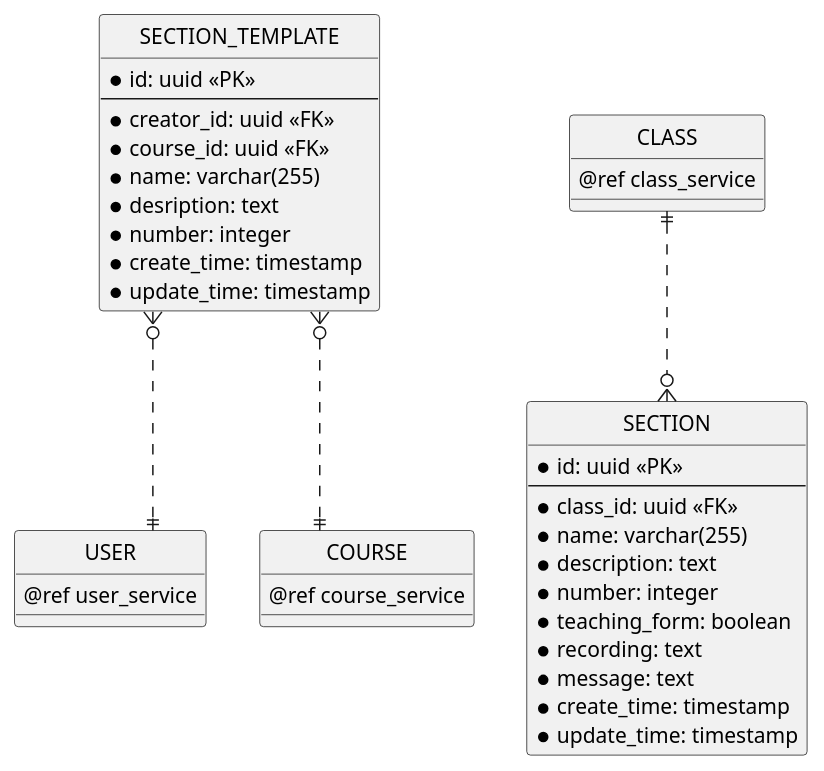
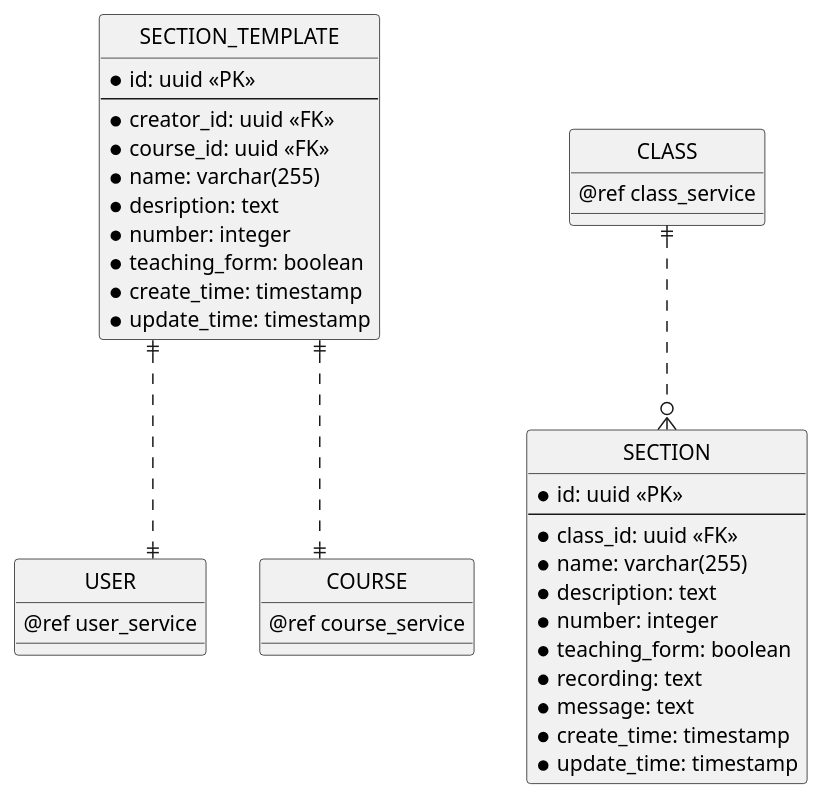
The eighth of 13 diagrams in erd.md (chungnguyenbkcse/ERD-USECASE-KIDSDRAWING), drawn with PlantUML before and after one commit. The commit also changed other lines of this file and 1 other file, not shown here.

Commit message:
fix relationship for section template

````diff
--- a/erd.md
+++ b/erd.md
@@ -419,53 +419,54 @@
 ```plantuml
 @startuml section_service
 ' hide the spot
 hide circle
 
 ' avoid problems with angled crows feet
 skinparam linetype ortho
 
 entity "USER" as user {
     @ref user_service
 }
 
 entity "COURSE" as course {
     @ref course_service
 }
 
 entity "SECTION" as section {
     * id: uuid <<PK>>
     --
     * class_id: uuid <<FK>>
     * name: varchar(255)
     * description: text
     * number: integer
     * teaching_form: boolean
     * recording: text
     * message: text
     * create_time: timestamp
     * update_time: timestamp
 }
 
 entity "SECTION_TEMPLATE" as section_template {
     * id: uuid <<PK>>
     --
     * creator_id: uuid <<FK>>
     * course_id: uuid <<FK>>
     * name: varchar(255)
     * desription: text
     * number: integer
+    * teaching_form: boolean
     * create_time: timestamp
     * update_time: timestamp
 }
 
 
 entity "CLASS" as class {
     @ref class_service
 }
 
 ' Section Relationship
 class ||..o{ section
-section_template }o..|| user
-section_template }o..|| course
+section_template ||..|| user
+section_template ||..|| course
 @enduml
 ```
````
